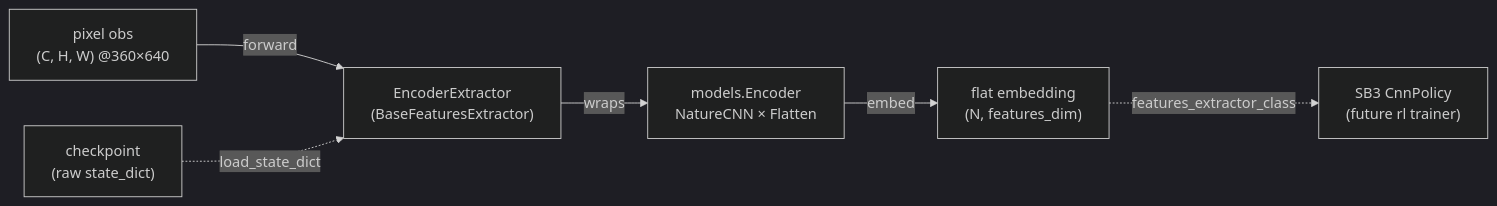
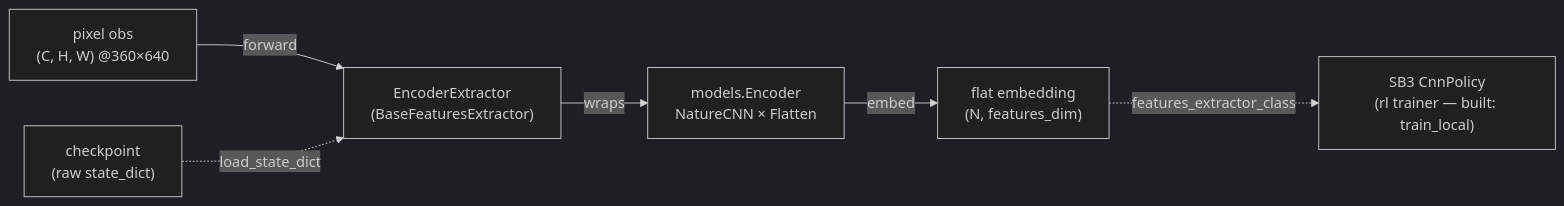
One commit to urciuolim/TankTwinStickShooter changed the second of 4 diagrams in docs/components/rl.md. Above: the diagram before and after it, drawn with Mermaid (dark theme). The commit also changed other lines of this file and 7 other files, not shown here.

````diff
--- a/docs/components/rl.md
+++ b/docs/components/rl.md
@@ -348,8 +389,8 @@
 ```mermaid
 graph LR
     obs["pixel obs<br/>(C, H, W) @360×640"] -->|forward| ext["EncoderExtractor<br/>(BaseFeaturesExtractor)"]
     ckpt["checkpoint<br/>(raw state_dict)"] -.->|load_state_dict| ext
     ext -->|wraps| enc["models.Encoder<br/>NatureCNN × Flatten"]
     enc -->|embed| feat["flat embedding<br/>(N, features_dim)"]
-    feat -.->|features_extractor_class| policy["SB3 CnnPolicy<br/>(future rl trainer)"]
+    feat -.->|features_extractor_class| policy["SB3 CnnPolicy<br/>(rl trainer — built: train_local)"]
 ```
````
